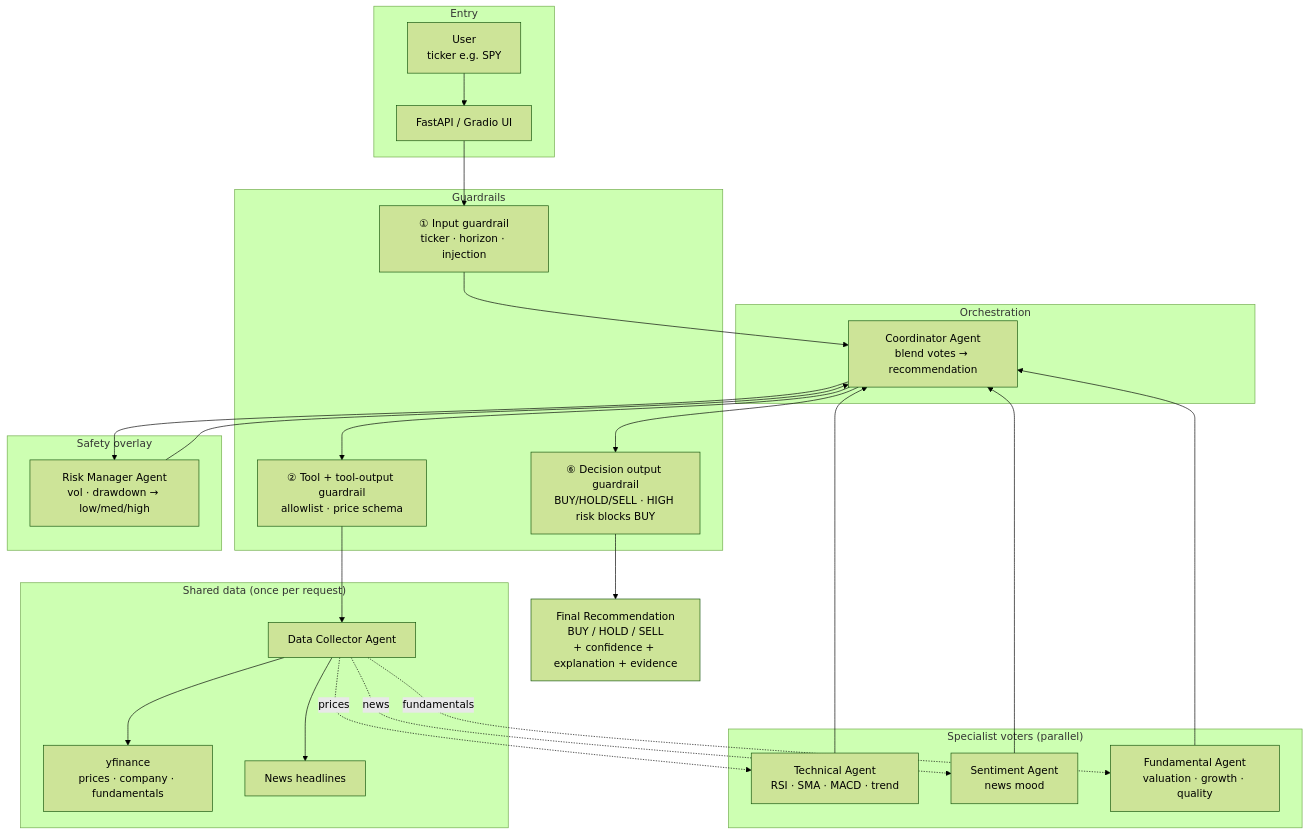
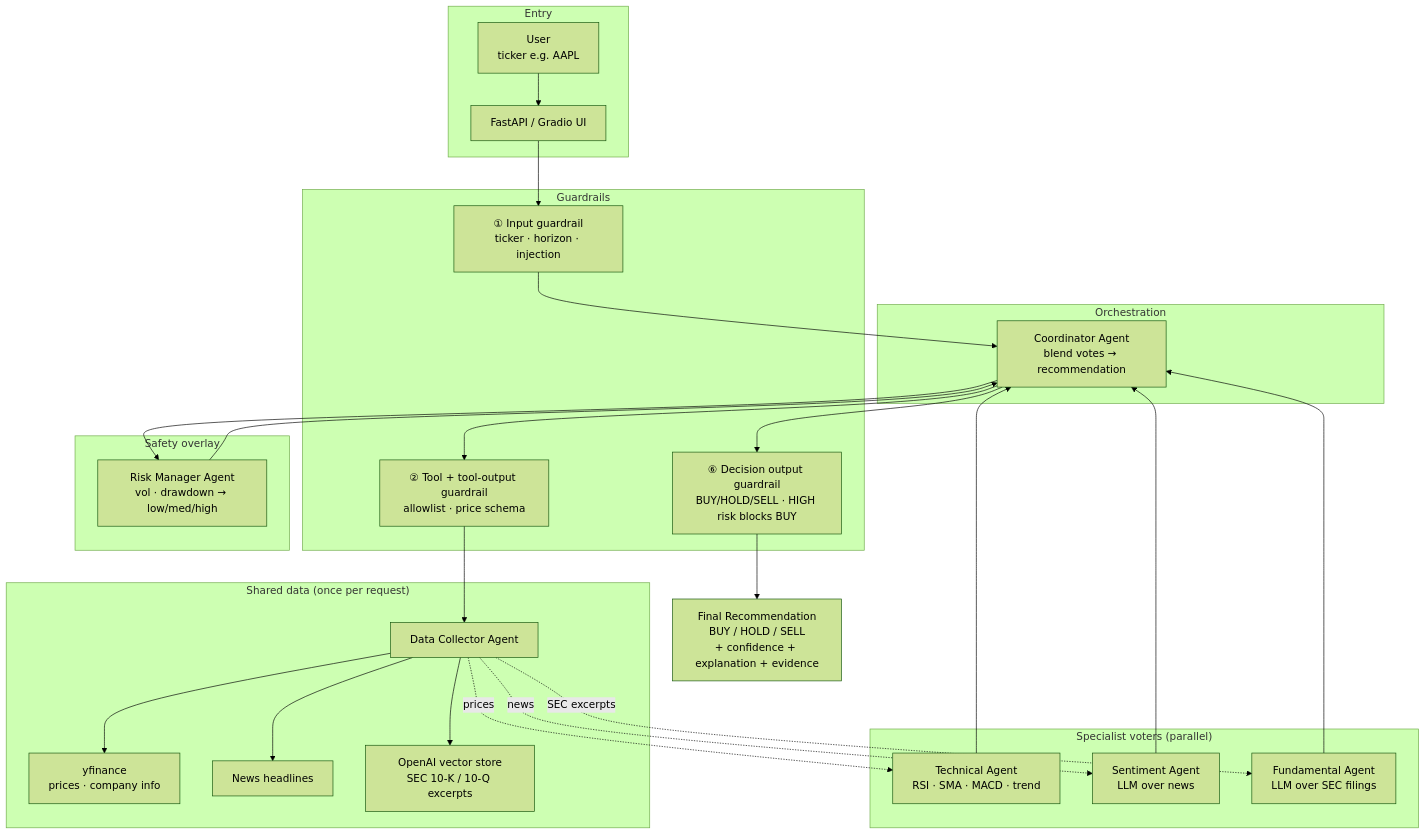
The diagram in docs/PRESENTATION_AGENTS_AND_GUARDRAILS.md (nandar-zaw/MarketMind), drawn with Mermaid (forest theme) before and after one commit. The commit also changed other lines of this file and 21 other files, not shown here.

First line of the commit message:
Fix Gradio-only UI schema, dedupe UI fetch, harden API, sync docs

````diff
--- a/docs/PRESENTATION_AGENTS_AND_GUARDRAILS.md
+++ b/docs/PRESENTATION_AGENTS_AND_GUARDRAILS.md
@@ -33,49 +33,51 @@
 ```mermaid
 flowchart TB
     subgraph Entry["Entry"]
-        User["User<br/>ticker e.g. SPY"]
+        User["User<br/>ticker e.g. AAPL"]
         UI["FastAPI / Gradio UI"]
     end
 
     subgraph Safety["Guardrails"]
         IG["① Input guardrail<br/>ticker · horizon · injection"]
         TG["② Tool + tool-output guardrail<br/>allowlist · price schema"]
         OG["⑥ Decision output guardrail<br/>BUY/HOLD/SELL · HIGH risk blocks BUY"]
     end
 
     subgraph Orch["Orchestration"]
         Coord["Coordinator Agent<br/>blend votes → recommendation"]
     end
 
     subgraph DataLayer["Shared data (once per request)"]
         Data["Data Collector Agent"]
-        Mkt["yfinance<br/>prices · company · fundamentals"]
+        Mkt["yfinance<br/>prices · company info"]
         News["News headlines"]
+        Store["OpenAI vector store<br/>SEC 10-K / 10-Q excerpts"]
     end
 
     subgraph Specialists["Specialist voters (parallel)"]
         Tech["Technical Agent<br/>RSI · SMA · MACD · trend"]
-        Sent["Sentiment Agent<br/>news mood"]
-        Fund["Fundamental Agent<br/>valuation · growth · quality"]
+        Sent["Sentiment Agent<br/>LLM over news"]
+        Fund["Fundamental Agent<br/>LLM over SEC filings"]
     end
 
     subgraph Overlay["Safety overlay"]
         Risk["Risk Manager Agent<br/>vol · drawdown → low/med/high"]
     end
 
     Result["Final Recommendation<br/>BUY / HOLD / SELL<br/>+ confidence + explanation + evidence"]
 
     User --> UI --> IG --> Coord
     Coord --> TG --> Data
     Data --> Mkt
     Data --> News
+    Data --> Store
     Data -.->|prices| Tech
     Data -.->|news| Sent
-    Data -.->|fundamentals| Fund
+    Data -.->|SEC excerpts| Fund
     Tech --> Coord
     Sent --> Coord
     Fund --> Coord
     Coord --> Risk
     Risk --> Coord
     Coord --> OG --> Result
 ```
````
